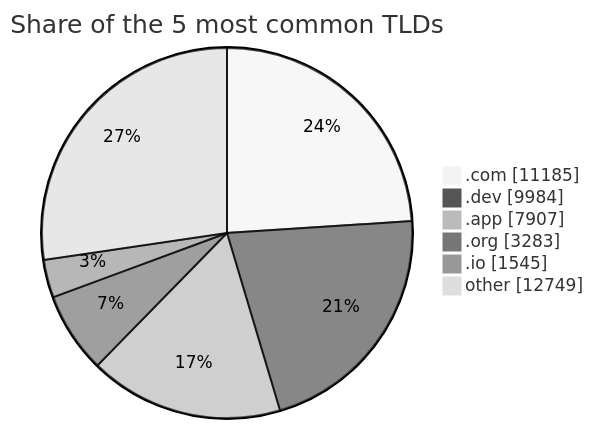
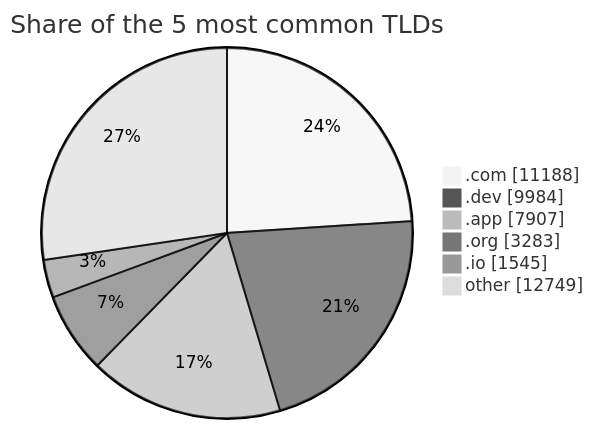
The third of 3 diagrams in README.md (DNSBunker/CTI), drawn with Mermaid (neutral theme) before and after one commit. The commit also changed other lines of this file and 3 other files, not shown here.

````diff
--- a/README.md
+++ b/README.md
@@ -81,9 +81,9 @@
 ```mermaid
 pie showData title Share of the 5 most common TLDs
-    ".com" : 11185
+    ".com" : 11188
     ".dev" : 9984
     ".app" : 7907
     ".org" : 3283
     ".io" : 1545
     "other" : 12749
 ```
````
